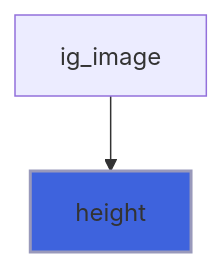
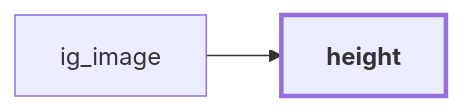
One commit to szaghi/figure changed the ninth of 11 diagrams in docs/api/src/lib/figure_texture.md. Above: the diagram before and after it, drawn with Mermaid. The commit also changed other lines of this file and 54 other files, not shown here.

````diff
--- a/docs/api/src/lib/figure_texture.md
+++ b/docs/api/src/lib/figure_texture.md
@@ -212,5 +361,7 @@
 ```mermaid
-flowchart TD
+flowchart LR
   ig_image["ig_image"] --> height["height"]
-  style height fill:#3e63dd,stroke:#99b,stroke-width:2px
+  classDef focus stroke-width:3px,font-weight:bold
+  class height focus
+  click ig_image href "figure_imgui.html#ig-image" "ig_image"
 ```
````
